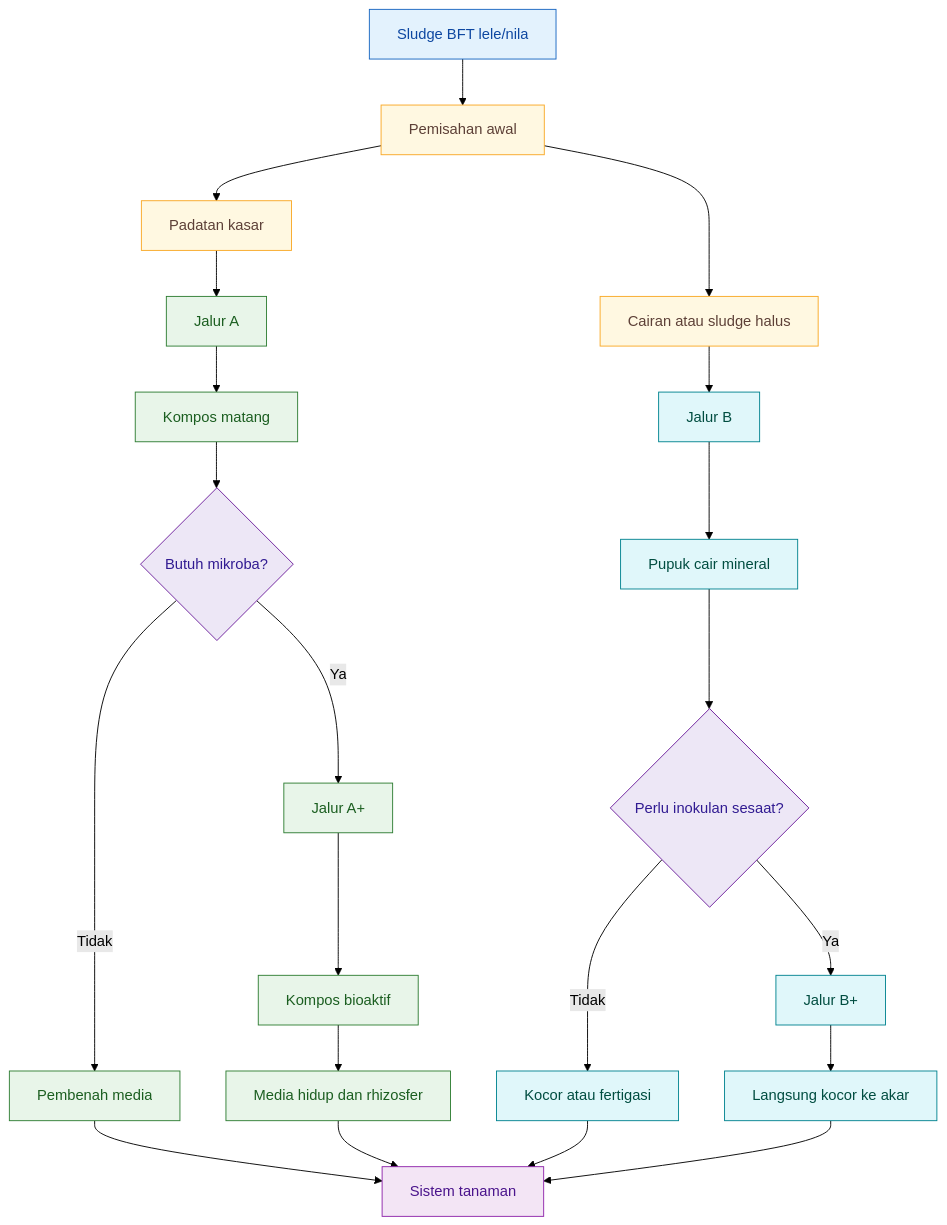
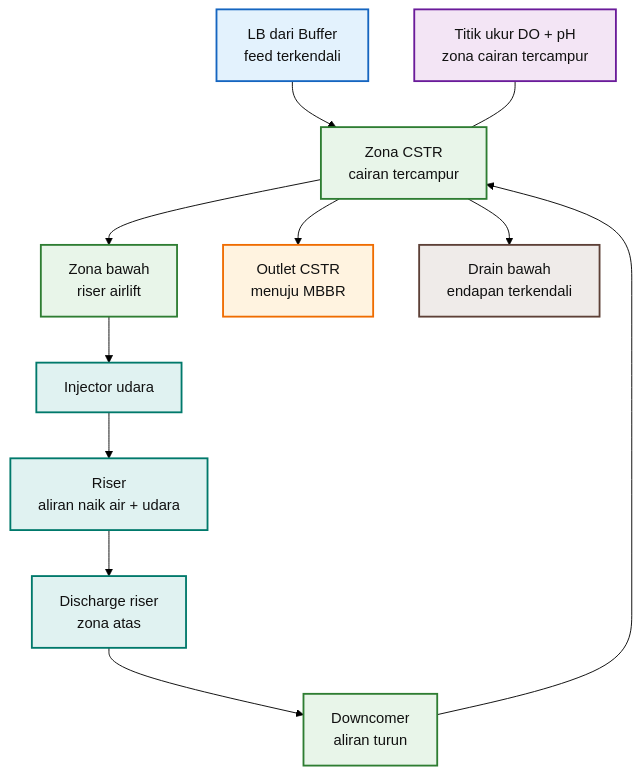
One commit to slametsampon/kawruhnology changed the tenth of 28 diagrams in content/blog/agri/perikanan/sludge-bioflok-biofertilizer.mdx. Above: the diagram before and after it, drawn with Mermaid (forest theme). The commit also changed other lines of this file and 9 other files, not shown here.

````diff
--- a/content/blog/agri/perikanan/sludge-bioflok-biofertilizer.mdx
+++ b/content/blog/agri/perikanan/sludge-bioflok-biofertilizer.mdx
@@ -2553,40 +5113,31 @@
-```mermaid id="integrasi-jalur-a-b"
+```mermaid
 flowchart TD
-    A[Sludge BFT lele/nila] --> B[Pemisahan awal]
-    B --> C[Padatan kasar]
-    B --> D[Cairan atau sludge halus]
+    A["LB dari Buffer<br/>feed terkendali"] --> B["Zona CSTR<br/>cairan tercampur"]
 
-    C --> E[Jalur A]
-    E --> F[Kompos matang]
-    F --> G{Butuh mikroba?}
-    G -->|Ya| H[Jalur A+]
-    G -->|Tidak| I[Pembenah media]
-    H --> J[Kompos bioaktif]
-    J --> K[Media hidup dan rhizosfer]
+    B --> C["Zona bawah<br/>riser airlift"]
+    C --> D["Injector udara"]
+    D --> E["Riser<br/>aliran naik air + udara"]
+    E --> F["Discharge riser<br/>zona atas"]
 
-    D --> L[Jalur B]
-    L --> M[Pupuk cair mineral]
-    M --> N{Perlu inokulan sesaat?}
-    N -->|Ya| O[Jalur B+]
-    N -->|Tidak| P[Kocor atau fertigasi]
-    O --> Q[Langsung kocor ke akar]
+    F --> G["Downcomer<br/>aliran turun"]
+    G --> B
 
-    I --> R[Sistem tanaman]
-    K --> R
-    P --> R
-    Q --> R
+    B --> H["Outlet CSTR<br/>menuju MBBR"]
+    B --> I["Drain bawah<br/>endapan terkendali"]
 
-    classDef input fill:#E3F2FD,stroke:#1565C0,color:#0D47A1;
-    classDef split fill:#FFF8E1,stroke:#F9A825,color:#5D4037;
-    classDef compost fill:#E8F5E9,stroke:#2E7D32,color:#1B5E20;
-    classDef liquid fill:#E0F7FA,stroke:#00838F,color:#004D40;
-    classDef decision fill:#EDE7F6,stroke:#6A1B9A,color:#311B92;
-    classDef output fill:#F3E5F5,stroke:#8E24AA,color:#4A148C;
+    J["Titik ukur DO + pH<br/>zona cairan tercampur"] --- B
 
-    class A input;
-    class B,C,D split;
-    class E,F,H,I,J,K compost;
-    class L,M,O,P,Q liquid;
-    class G,N decision;
-    class R output;
+    classDef feed fill:#E3F2FD,stroke:#1565C0,color:#111,stroke-width:2px;
+    classDef reactor fill:#E8F5E9,stroke:#2E7D32,color:#111,stroke-width:2px;
+    classDef airlift fill:#E0F2F1,stroke:#00796B,color:#111,stroke-width:2px;
+    classDef outlet fill:#FFF3E0,stroke:#EF6C00,color:#111,stroke-width:2px;
+    classDef drain fill:#EFEBE9,stroke:#5D4037,color:#111,stroke-width:2px;
+    classDef instrument fill:#F3E5F5,stroke:#6A1B9A,color:#111,stroke-width:2px;
+
+    class A feed;
+    class B,C,G reactor;
+    class D,E,F airlift;
+    class H outlet;
+    class I drain;
+    class J instrument;
 ```
````
